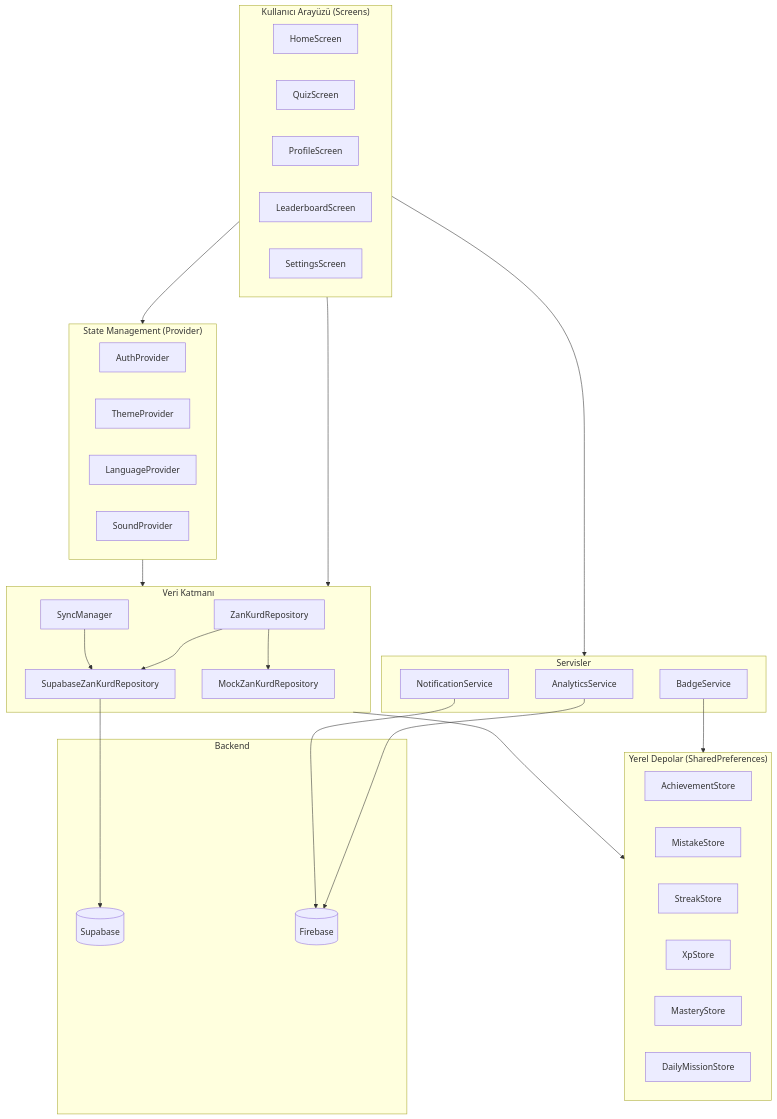
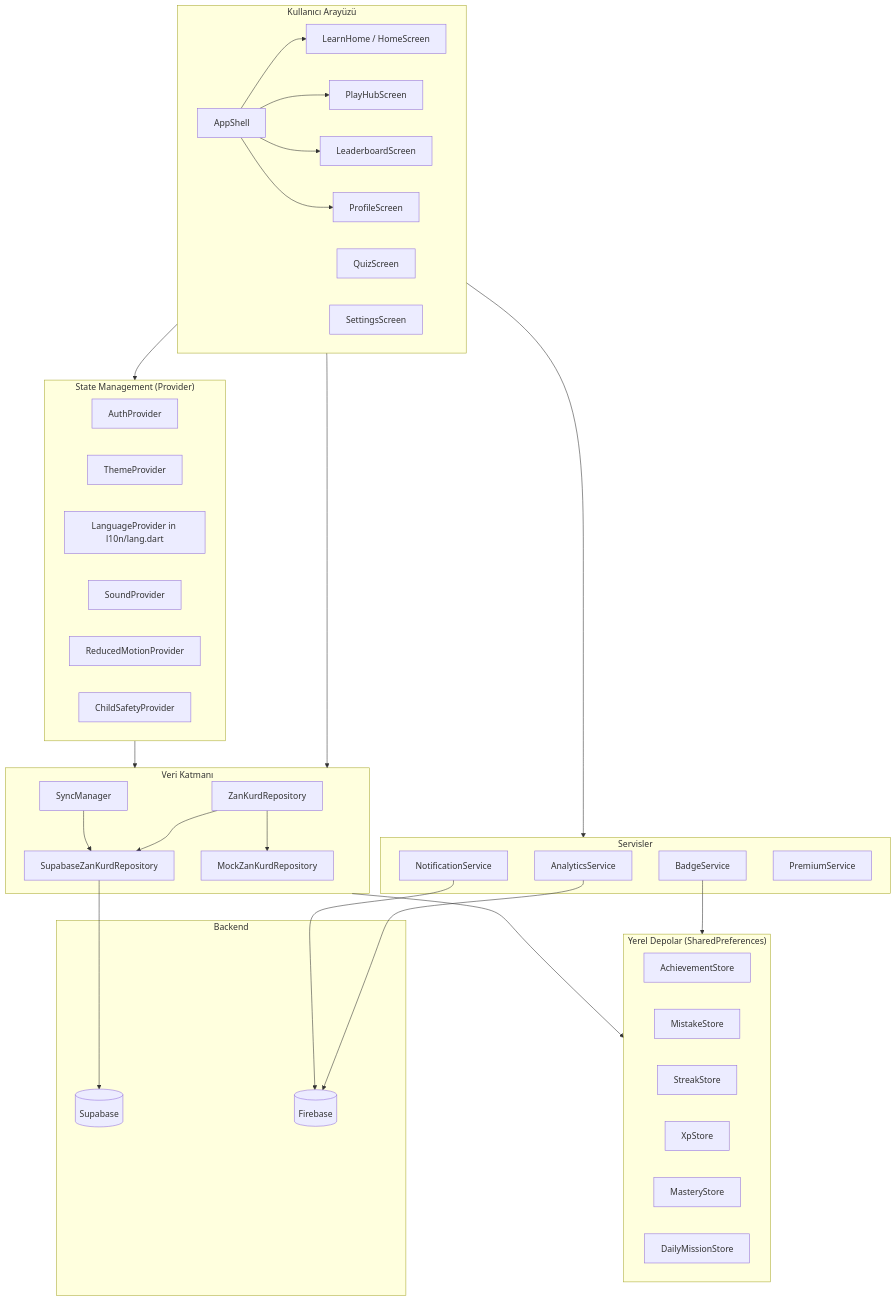
The diagram in zankurd_mobile/ARCHITECTURE.md (mordemnisebin/zankurd), drawn with Mermaid before and after one commit. The commit also changed other lines of this file and 89 other files, not shown here.

````diff
--- a/zankurd_mobile/ARCHITECTURE.md
+++ b/zankurd_mobile/ARCHITECTURE.md
@@ -10,60 +15,69 @@
 ```mermaid
 graph TB
-    subgraph UI["Kullanıcı Arayüzü (Screens)"]
-        HS[HomeScreen]
+    subgraph UI["Kullanıcı Arayüzü"]
+        AS[AppShell]
+        LH[LearnHome / HomeScreen]
+        PH[PlayHubScreen]
         QS[QuizScreen]
         PS[ProfileScreen]
         LS[LeaderboardScreen]
         SS[SettingsScreen]
     end
 
     subgraph Providers["State Management (Provider)"]
         AP[AuthProvider]
         TP[ThemeProvider]
-        LP[LanguageProvider]
+        LP[LanguageProvider in l10n/lang.dart]
         SP[SoundProvider]
+        RM[ReducedMotionProvider]
+        CS[ChildSafetyProvider]
     end
 
     subgraph Services["Servisler"]
         ANS[AnalyticsService]
         NS[NotificationService]
         BS[BadgeService]
+        PRE[PremiumService]
     end
 
     subgraph Data["Veri Katmanı"]
         REPO[ZanKurdRepository]
         SUPA[SupabaseZanKurdRepository]
         MOCK[MockZanKurdRepository]
         SM[SyncManager]
     end
 
     subgraph Stores["Yerel Depolar (SharedPreferences)"]
-        AS[AchievementStore]
+        AS2[AchievementStore]
         MS[MistakeStore]
         SS2[StreakStore]
         XS[XpStore]
         MAS[MasteryStore]
         DMS[DailyMissionStore]
     end
 
     subgraph Backend["Backend"]
         SB[(Supabase)]
         FB[(Firebase)]
     end
 
+    AS --> LH
+    AS --> PH
+    AS --> LS
+    AS --> PS
     UI --> Providers
     UI --> Data
     UI --> Services
     Providers --> Data
 
     REPO --> SUPA
     REPO --> MOCK
     SUPA --> SB
     SM --> SUPA
 
     ANS --> FB
     BS --> Stores
     NS --> FB
 
     Data --> Stores
 ```
````
